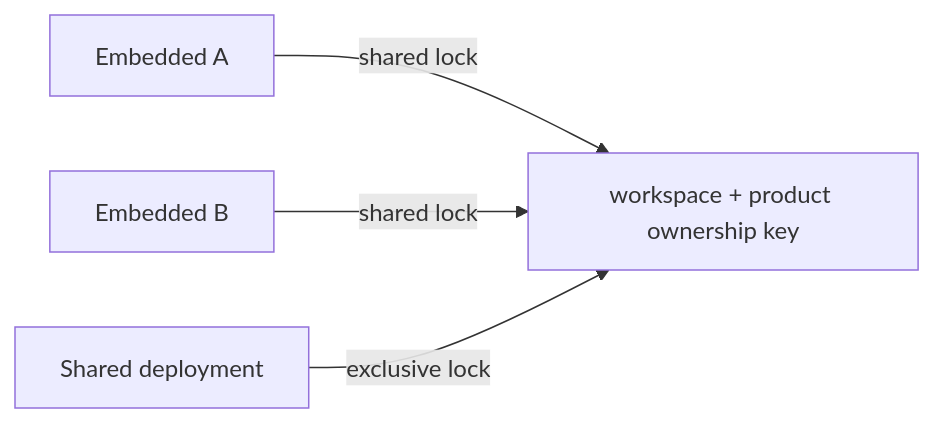
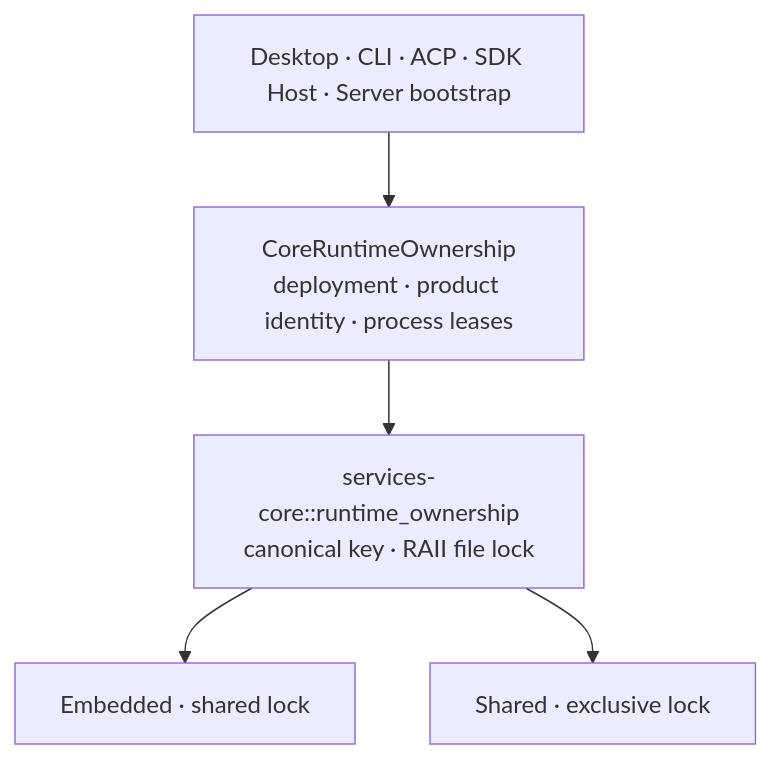
Before and after one commit to 1688mengdie/BitFun: the fourth of 7 diagrams in docs/architecture/agent-runtime-deployment-design.md, drawn with Mermaid. The commit also changed other lines of this file and 65 other files, not shown here.

Commit message:
refactor(runtime): unify local entrypoint ownership

````diff
--- a/docs/architecture/agent-runtime-deployment-design.md
+++ b/docs/architecture/agent-runtime-deployment-design.md
@@ -100,6 +106,8 @@
 ```mermaid
-flowchart LR
-  E1["Embedded A"] -->|"shared lock"| Key["workspace + product ownership key"]
-  E2["Embedded B"] -->|"shared lock"| Key
-  S["Shared deployment"] -->|"exclusive lock"| Key
+flowchart TB
+  Entrypoints["Desktop · CLI · ACP · SDK Host · Server bootstrap"]
+  Entrypoints --> Core["CoreRuntimeOwnership<br/>deployment · product identity · process leases"]
+  Core --> Primitive["services-core::runtime_ownership<br/>canonical key · RAII file lock"]
+  Primitive --> E["Embedded · shared lock"]
+  Primitive --> S["Shared · exclusive lock"]
 ```
````
